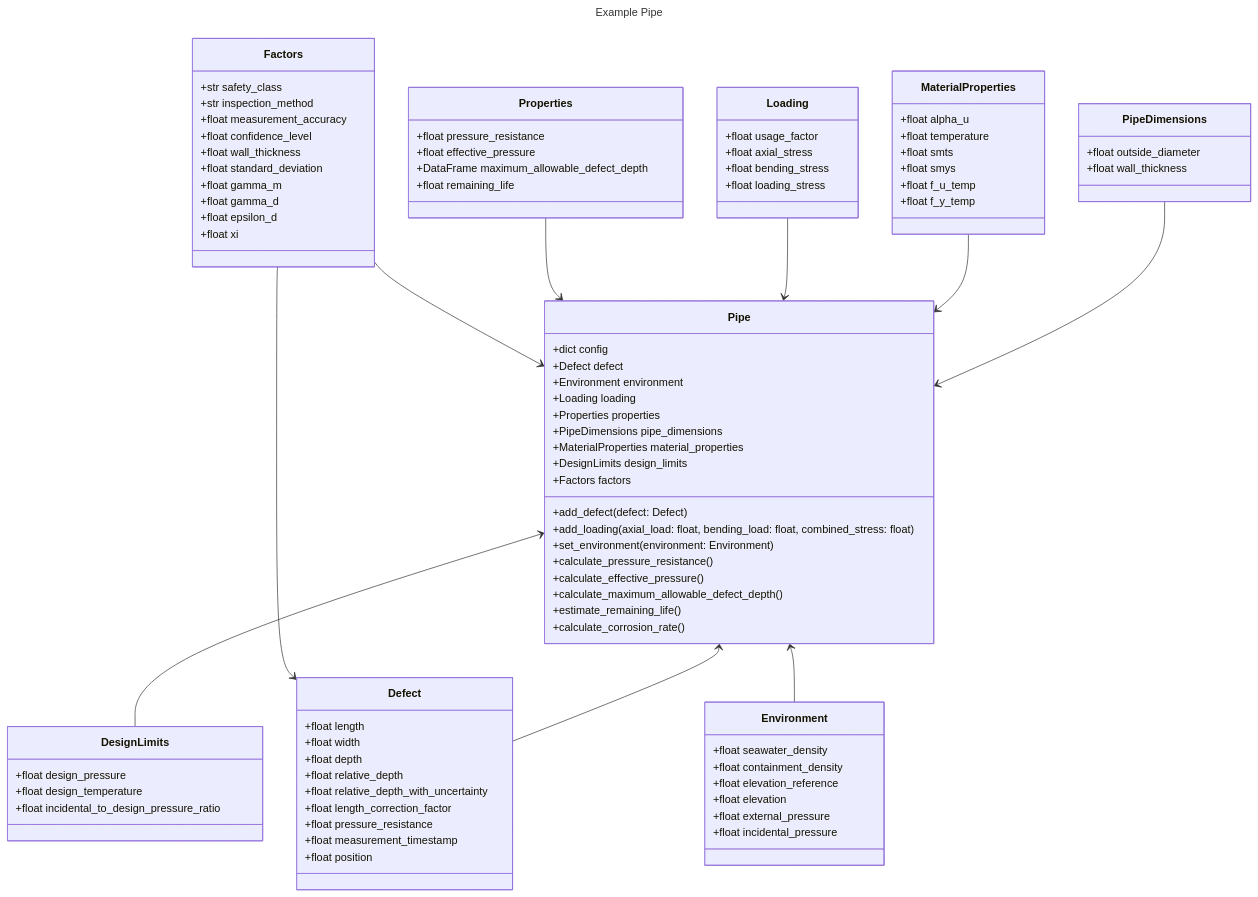
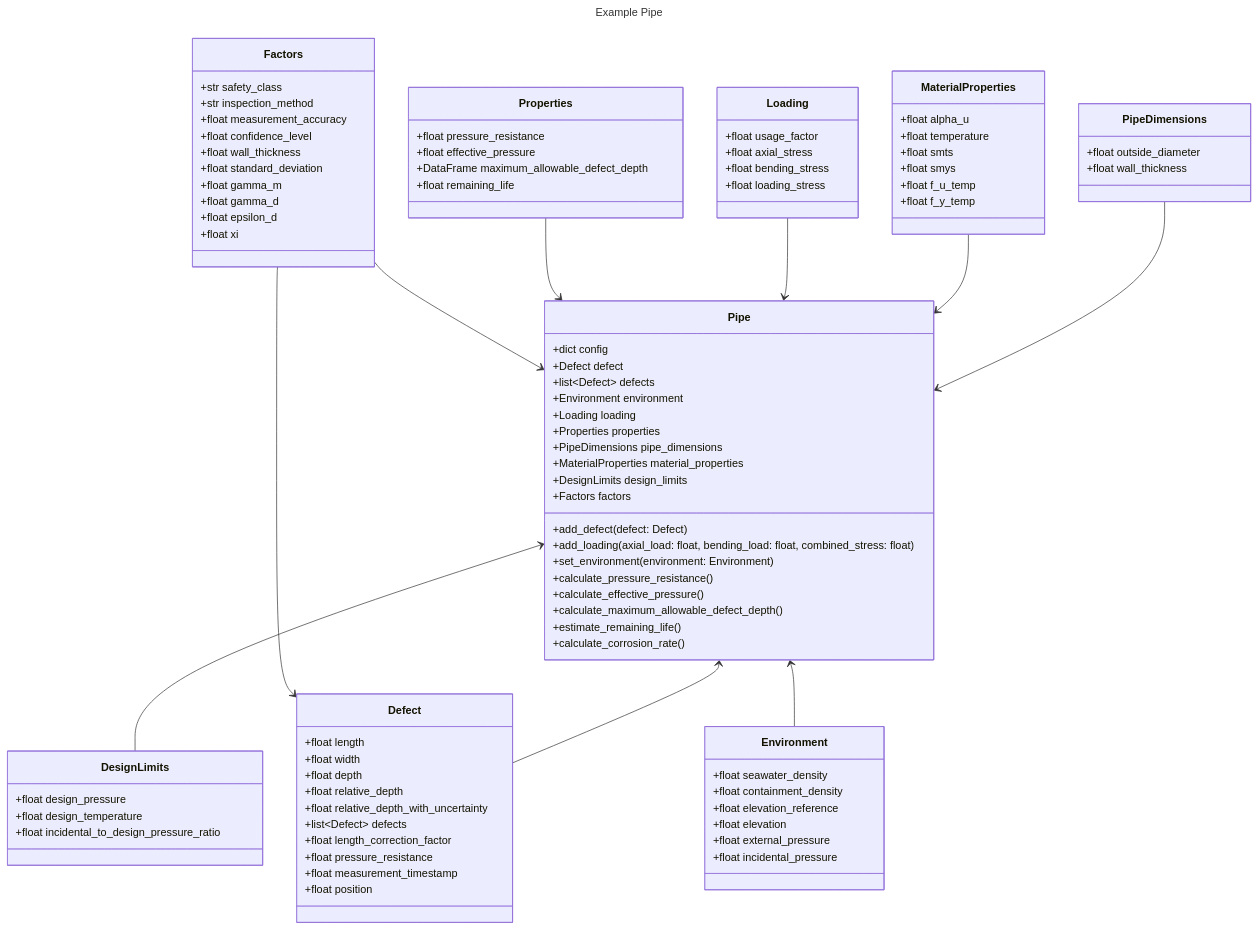
One commit to nicholaslimck/corrosion-analyser changed the second of 2 diagrams in README.md. Above: the diagram before and after it, drawn with Mermaid. The commit also changed other lines of this file, not shown here.

```diff
--- a/README.md
+++ b/README.md
@@ -93,6 +110,7 @@
     class Pipe{
         +dict config
         +Defect defect
+        +list~Defect~ defects
         +Environment environment
         +Loading loading
         +Properties properties
@@ -116,6 +134,7 @@
         +float depth
         +float relative_depth
         +float relative_depth_with_uncertainty
+        +list~Defect~ defects
         +float length_correction_factor
         +float pressure_resistance
         +float measurement_timestamp
```
